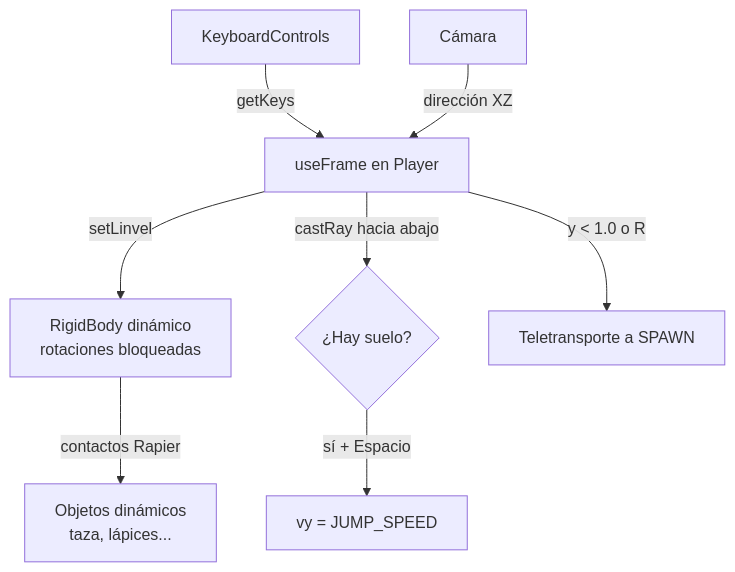
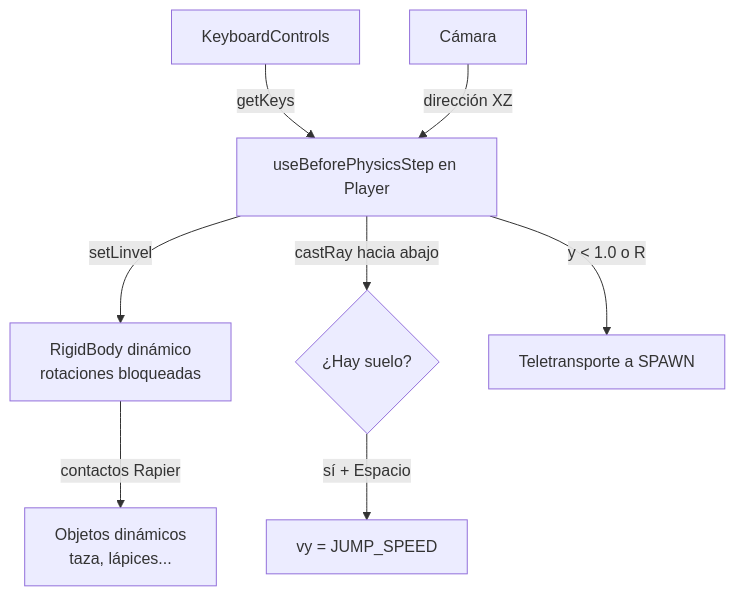
The diagram in docs/04-escena-3d/sistema-de-personaje.md (Palcojulian/portafolio), drawn with Mermaid before and after one commit. The commit also changed other lines of this file and 2 other files, not shown here.

Commit message:
fix: update documentation for object positioning and physics system to clarify collider usage and player control mechanics

````diff
--- a/docs/04-escena-3d/sistema-de-personaje.md
+++ b/docs/04-escena-3d/sistema-de-personaje.md
@@ -28,10 +28,10 @@
 ```mermaid
 graph TD
-    KC[KeyboardControls] -->|getKeys| Frame[useFrame en Player]
+    KC[KeyboardControls] -->|getKeys| Frame[useBeforePhysicsStep en Player]
     Cam[Cámara] -->|dirección XZ| Frame
     Frame -->|setLinvel| RB[RigidBody dinámico<br/>rotaciones bloqueadas]
     Frame -->|castRay hacia abajo| Ground{¿Hay suelo?}
     Ground -->|sí + Espacio| Jump[vy = JUMP_SPEED]
     RB -->|contactos Rapier| Obj[Objetos dinámicos<br/>taza, lápices...]
     Frame -->|y < 1.0 o R| Spawn[Teletransporte a SPAWN]
 ```
````
